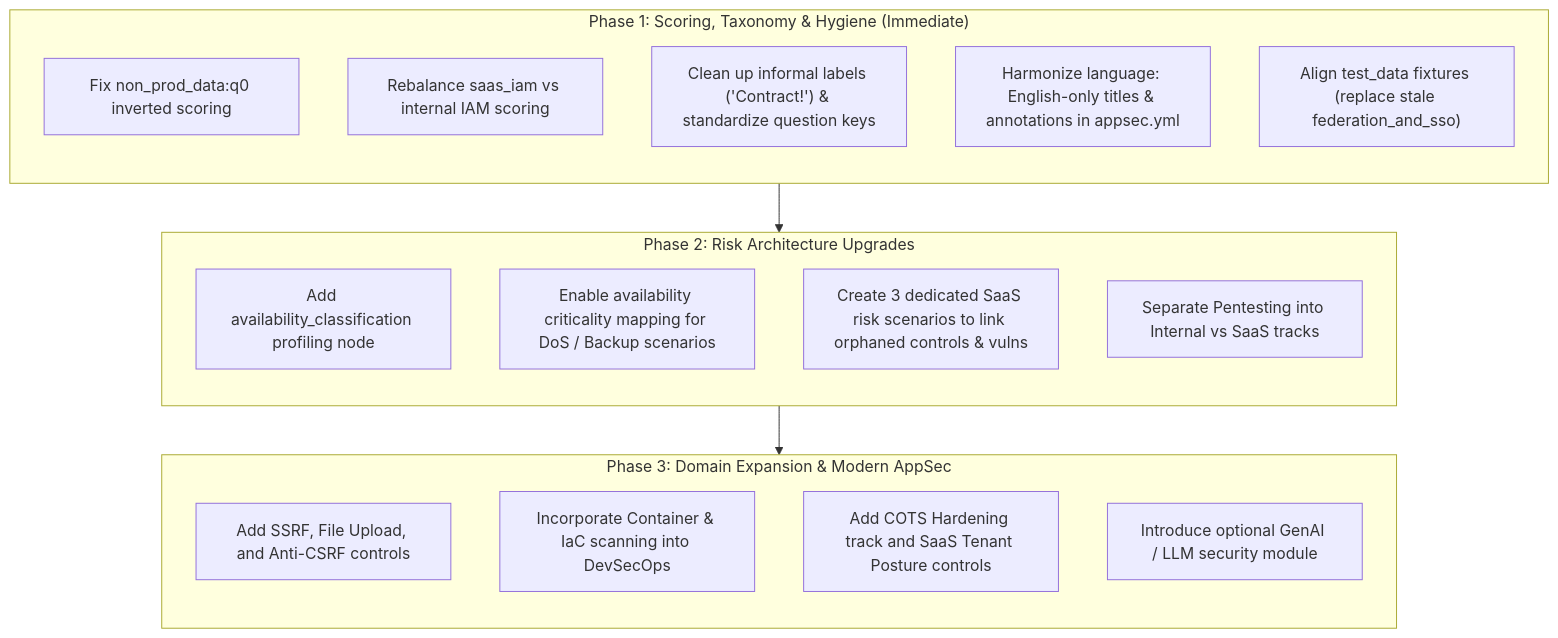
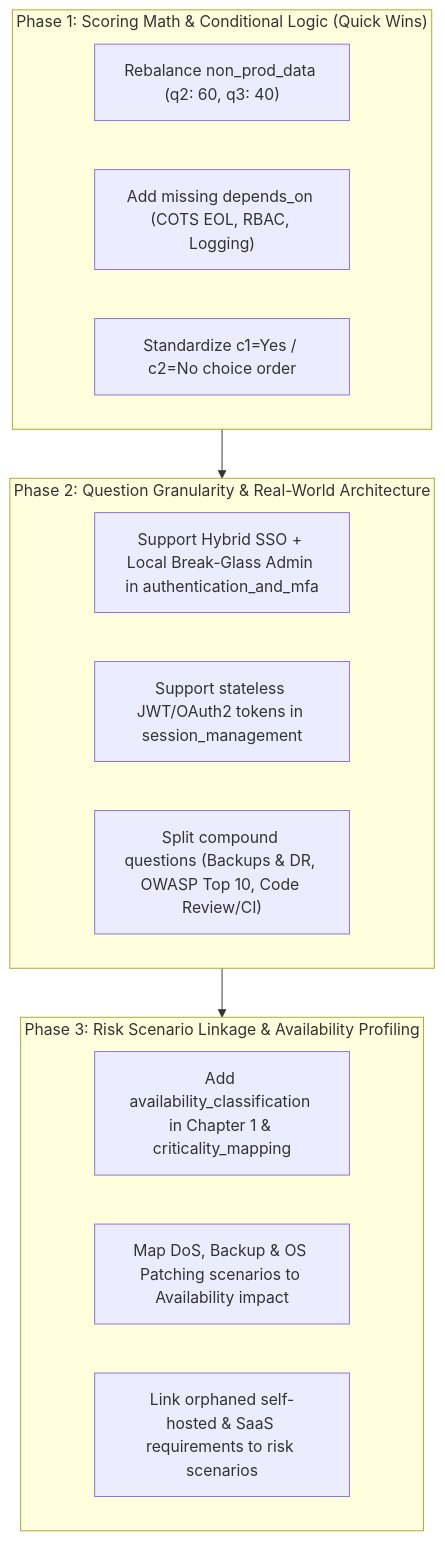
Before and after one commit to darckcerberus-beep/ciso-assistant: the diagram in docs/appsec_framework_improvement_plan.md, drawn with Mermaid. The commit also changed other lines of this file and 40 other files, not shown here.

Commit message:
added GDPR questions and answers to the appsec manual, added conditional IG graph to the appsec manual, added new test data for appsec scenarios

````diff
--- a/docs/appsec_framework_improvement_plan.md
+++ b/docs/appsec_framework_improvement_plan.md
@@ -25,29 +28,22 @@
 ```mermaid
 flowchart TD
-    subgraph P1["Phase 1: Scoring, Taxonomy & Hygiene (Immediate)"]
-        direction TB
-        A1["Fix non_prod_data:q0 inverted scoring"]
-        A2["Rebalance saas_iam vs internal IAM scoring"]
-        A3["Clean up informal labels ('Contract!') & standardize question keys"]
-        A4["Harmonize language: English-only titles & annotations in appsec.yml"]
-        A5["Align test_data fixtures (replace stale federation_and_sso)"]
+    subgraph P1["Phase 1: Scoring Math & Conditional Logic (Quick Wins)"]
+        A1["Rebalance non_prod_data (q2: 60, q3: 40)"]
+        A2["Add missing depends_on (COTS EOL, RBAC, Logging)"]
+        A3["Standardize c1=Yes / c2=No choice order"]
     end
 
-    subgraph P2["Phase 2: Risk Architecture Upgrades"]
-        direction TB
-        B1["Add availability_classification profiling node"]
-        B2["Enable availability criticality mapping for DoS / Backup scenarios"]
-        B3["Create 3 dedicated SaaS risk scenarios to link orphaned controls & vulns"]
-        B4["Separate Pentesting into Internal vs SaaS tracks"]
+    subgraph P2["Phase 2: Question Granularity & Real-World Architecture"]
+        B1["Support Hybrid SSO + Local Break-Glass Admin in authentication_and_mfa"]
+        B2["Support stateless JWT/OAuth2 tokens in session_management"]
+        B3["Split compound questions (Backups & DR, OWASP Top 10, Code Review/CI)"]
     end
 
-    subgraph P3["Phase 3: Domain Expansion & Modern AppSec"]
-        direction TB
-        C1["Add SSRF, File Upload, and Anti-CSRF controls"]
-        C2["Incorporate Container & IaC scanning into DevSecOps"]
-        C3["Add COTS Hardening track and SaaS Tenant Posture controls"]
-        C4["Introduce optional GenAI / LLM security module"]
+    subgraph P3["Phase 3: Risk Scenario Linkage & Availability Profiling"]
+        C1["Add availability_classification in Chapter 1 & criticality_mapping"]
+        C2["Map DoS, Backup & OS Patching scenarios to Availability impact"]
+        C3["Link orphaned self-hosted & SaaS requirements to risk scenarios"]
     end
 
     P1 --> P2 --> P3
 ```
````
